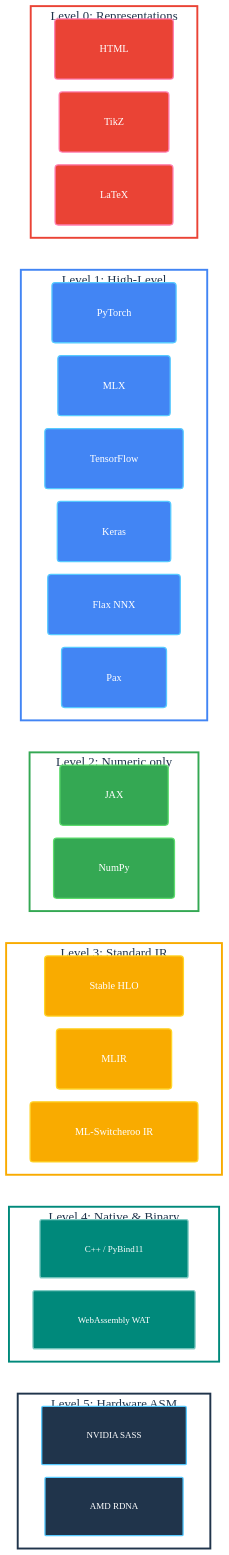
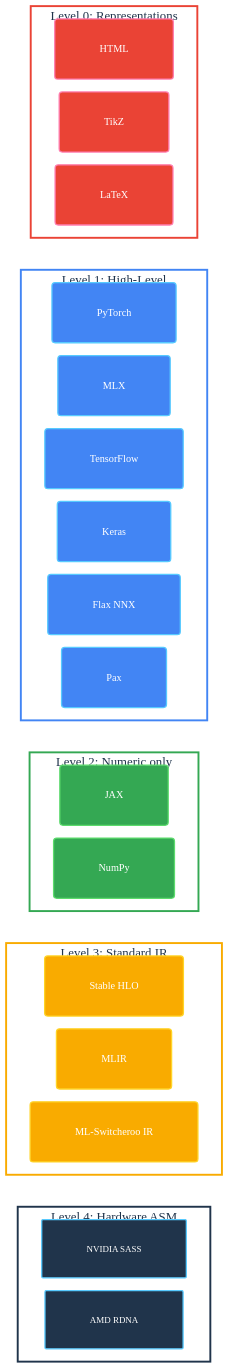
The diagram in docs/index.md (SamuelMarks/ml-switcheroo), drawn with Mermaid (base theme) before and after one commit. The commit also changed 36 other files, not shown here.

````diff
--- a/docs/index.md
+++ b/docs/index.md
@@ -75,13 +75,7 @@
         IR[ML-Switcheroo IR]
     end
 
-    subgraph L4 [Level 4: Native & Binary]
-        direction LR
-        Cpp[C++ / PyBind11]
-        WAT[WebAssembly WAT]
-    end
-
-    subgraph LBottom [Level 5: Hardware ASM]
+    subgraph LBottom [Level 4: Hardware ASM]
         direction LR
         NVIDIA_SASS[NVIDIA SASS]
         RDNA[AMD RDNA]
@@ -91,20 +85,17 @@
     TikZ ~~~ TensorFlow
     TensorFlow ~~~ JAX
     JAX ~~~ StableHLO
-    StableHLO ~~~ Cpp
-    Cpp ~~~ NVIDIA_SASS
+    StableHLO ~~~ NVIDIA_SASS
 
 %% --- 5. Apply Styles ---
     class HTML,TikZ,LaTeX l0Node;
     class PyTorch,MLX,TensorFlow,Keras,FlaxNNX,Pax l1Node;
     class JAX,NumPy l2Node;
     class StableHLO,MLIR,IR l3Node;
-    class Cpp,WAT l4Node;
     class NVIDIA_SASS,RDNA asmNode;
     class L0 containerL0;
     class L1 containerL1;
     class L2 containerL2;
     class L3 containerL3;
-    class L4 containerL4;
     class LBottom containerHW;
 ```
````
